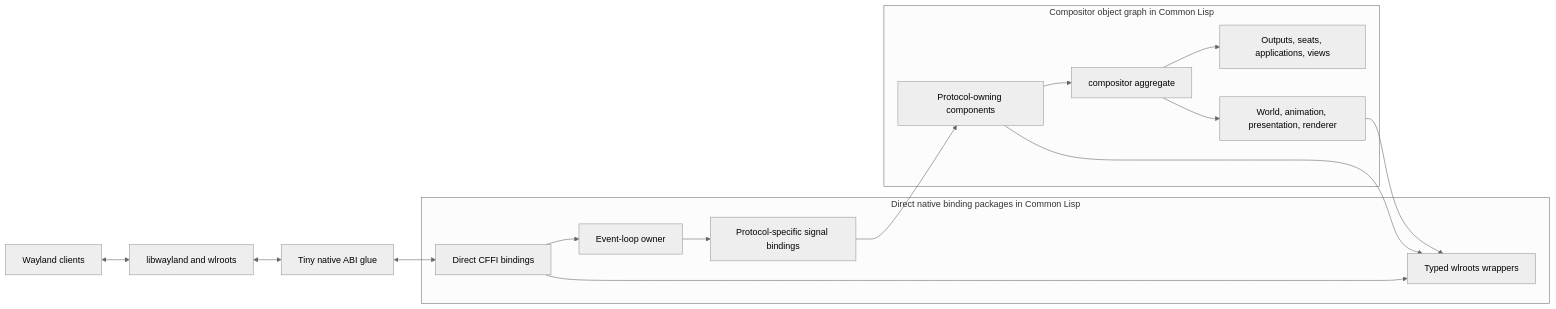
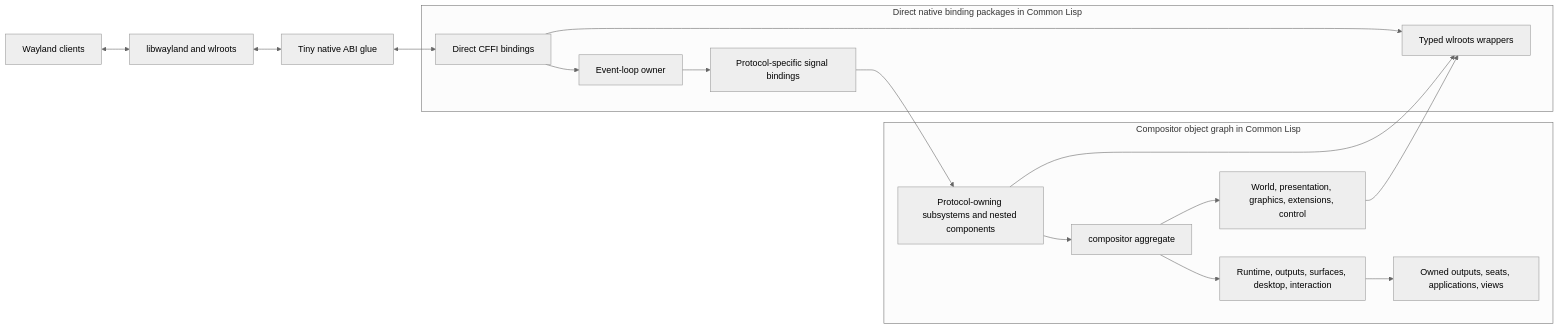
Before and after one commit to SeungheonOh/ataxia: the first of 7 diagrams in docs/WLROOTS-COMPOSITOR-INTERFACE.md, drawn with Mermaid (neutral theme). The commit also changed other lines of this file and 3 other files, not shown here.

````diff
--- a/docs/WLROOTS-COMPOSITOR-INTERFACE.md
+++ b/docs/WLROOTS-COMPOSITOR-INTERFACE.md
@@ -32,33 +32,35 @@
 ```mermaid
 flowchart LR
     CLIENT[Wayland clients]
     WLR[libwayland and wlroots]
     C[Tiny native ABI glue]
 
     subgraph BINDING[Direct native binding packages in Common Lisp]
         BIND[Direct CFFI bindings]
         LOOP[Event-loop owner]
         WRAP[Typed wlroots wrappers]
         SIGNAL[Protocol-specific signal bindings]
     end
 
     subgraph CORE[Compositor object graph in Common Lisp]
         COMP[compositor aggregate]
-        HANDLER[Protocol-owning components]
-        OBJECTS[Outputs, seats, applications, views]
-        STRATEGY[World, animation, presentation, renderer]
+        HANDLER[Protocol-owning subsystems and nested components]
+        DOMAINS[Runtime, outputs, surfaces, desktop, interaction]
+        STRATEGY[World, presentation, graphics, extensions, control]
+        OBJECTS[Owned outputs, seats, applications, views]
     end
 
     CLIENT <--> WLR
     WLR <--> C
     C <--> BIND
     BIND --> LOOP
     BIND --> WRAP
     LOOP --> SIGNAL
     SIGNAL --> HANDLER
     HANDLER --> COMP
-    COMP --> OBJECTS
+    COMP --> DOMAINS
     COMP --> STRATEGY
+    DOMAINS --> OBJECTS
     HANDLER --> WRAP
     STRATEGY --> WRAP
 ```
````
